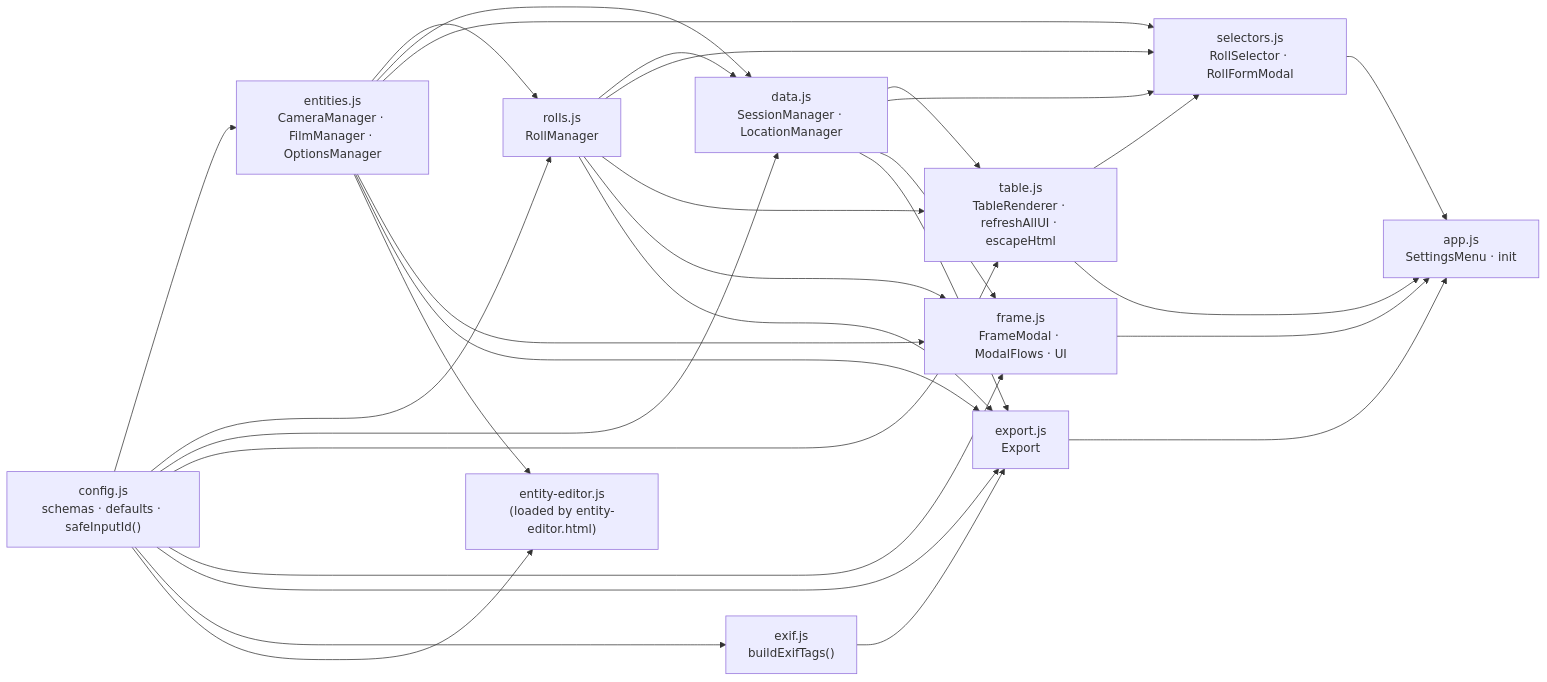
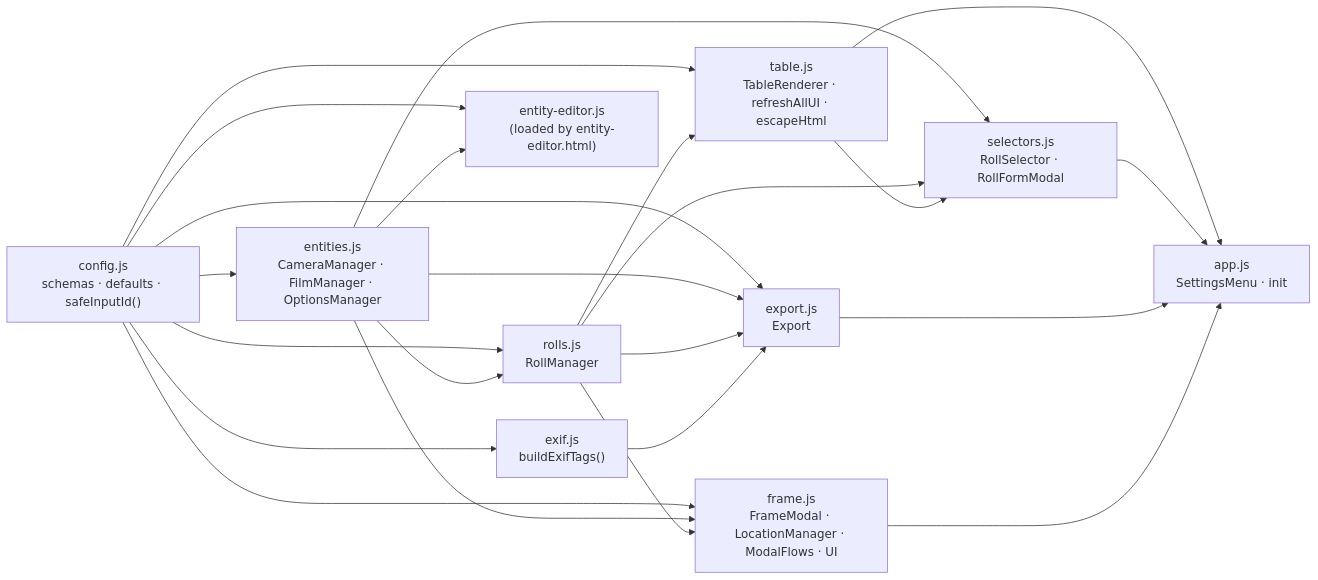
Before and after one commit to caksoylar/rolleirecord: the first of 5 diagrams in architecture.md, drawn with Mermaid. The commit also changed other lines of this file and 9 other files, not shown here.

First line of the commit message:
refactor: remove data.js, inline LocationManager, fold session into RollManager

````diff
--- a/architecture.md
+++ b/architecture.md
@@ -30,49 +30,40 @@
 ```mermaid
 graph LR
     config["config.js\nschemas · defaults · safeInputId()"]
     entities["entities.js\nCameraManager · FilmManager · OptionsManager"]
     rolls["rolls.js\nRollManager"]
-    data["data.js\nSessionManager · LocationManager"]
     table["table.js\nTableRenderer · refreshAllUI · escapeHtml"]
     selectors["selectors.js\nRollSelector · RollFormModal"]
     exif["exif.js\nbuildExifTags()"]
     export_["export.js\nExport"]
-    frame["frame.js\nFrameModal · ModalFlows · UI"]
+    frame["frame.js\nFrameModal · LocationManager · ModalFlows · UI"]
     app["app.js\nSettingsMenu · init"]
     entity_editor["entity-editor.js\n(loaded by entity-editor.html)"]
 
     config --> entities
     config --> rolls
-    config --> data
     config --> table
     config --> frame
     config --> export_
     config --> exif
     config --> entity_editor
 
     entities --> rolls
-    entities --> data
     entities --> selectors
     entities --> frame
     entities --> export_
     entities --> entity_editor
 
-    rolls --> data
     rolls --> selectors
     rolls --> table
     rolls --> frame
     rolls --> export_
-
-    data --> table
-    data --> selectors
-    data --> frame
-    data --> export_
 
     table --> selectors
     table --> app
 
     selectors --> app
     exif --> export_
     export_ --> app
     frame --> app
 ```
````
